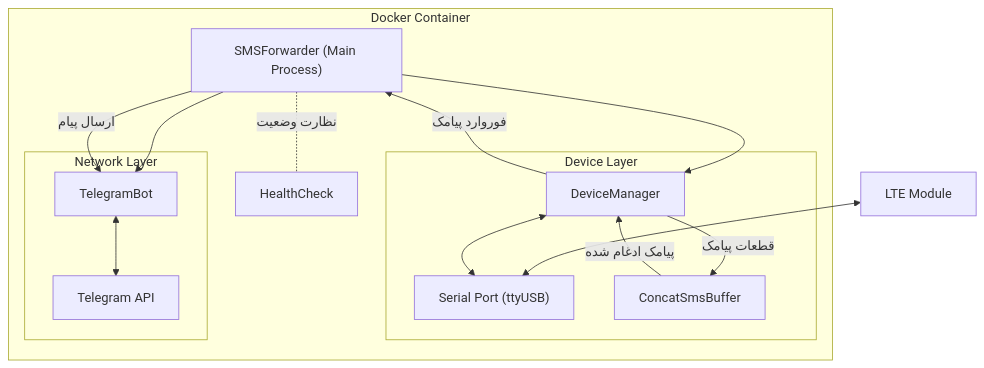
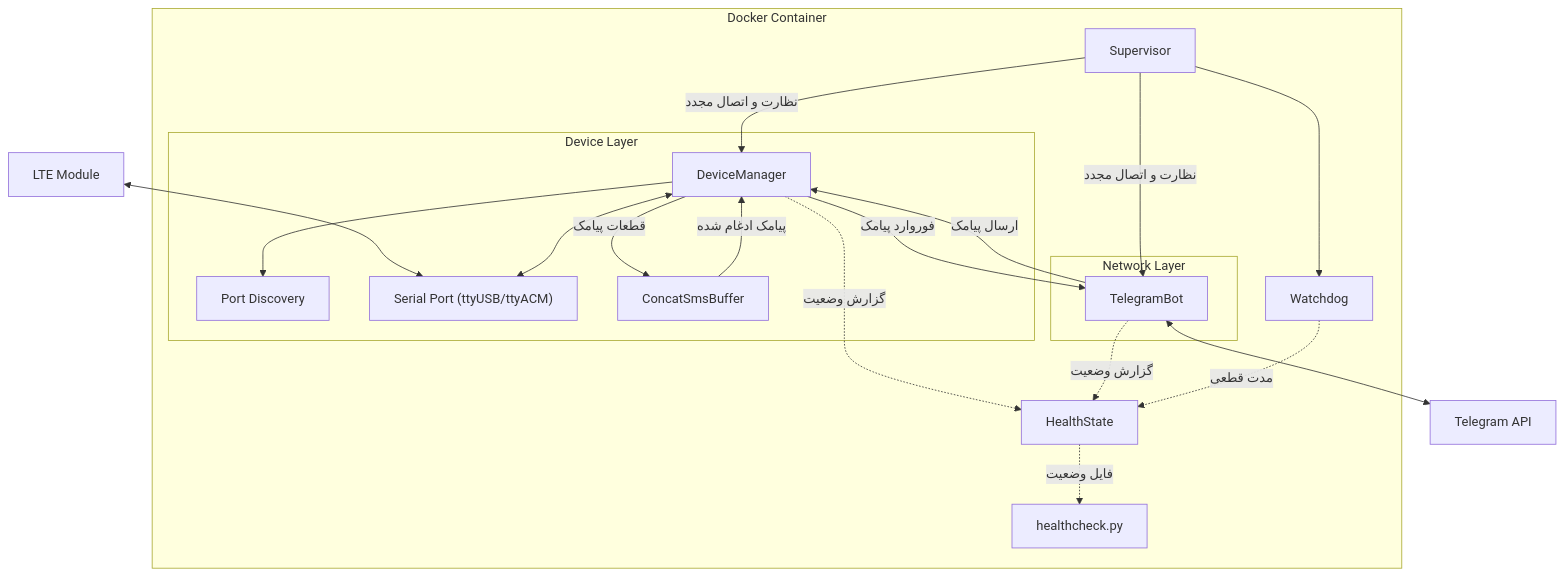
The diagram in README_FA.md (vxhorse/SMS_forwarder_Telegram), drawn with Mermaid before and after one commit. The commit also changed other lines of this file and 7 other files, not shown here.

First line of the commit message:
docs: bind-mount the device tree and document port discovery

````diff
--- a/README_FA.md
+++ b/README_FA.md
@@ -20,31 +21,37 @@
 ```mermaid
 graph TD
     subgraph DC [Docker Container]
-        Main["SMSForwarder (Main Process)"]
-        
+        Sup[Supervisor]
+        WD[Watchdog]
+        HS[HealthState]
+        HC["healthcheck.py"]
+
         subgraph DeviceLayer [Device Layer]
             DM[DeviceManager]
-            Serial["Serial Port (ttyUSB)"]
+            Disc[Port Discovery]
+            Serial["Serial Port (ttyUSB/ttyACM)"]
             Buffer[ConcatSmsBuffer]
         end
-        
+
         subgraph NetworkLayer [Network Layer]
             Bot[TelegramBot]
-            API[Telegram API]
         end
-        
-        Health[HealthCheck]
     end
-    
+
     Hardware[LTE Module] <--> Serial
-    Main --> DM
-    Main --> Bot
+    Sup -- "نظارت و اتصال مجدد" --> DM
+    Sup -- "نظارت و اتصال مجدد" --> Bot
+    Sup --> WD
+    DM --> Disc
     DM <--> Serial
     DM -- "قطعات پیامک" --> Buffer
     Buffer -- "پیامک ادغام شده" --> DM
-    DM -- "فوروارد پیامک" --> Main
-    Main -- "ارسال پیام" --> Bot
-    Bot <--> API
-    
-    Main -. "نظارت وضعیت" .- Health
+    DM -- "فوروارد پیامک" --> Bot
+    Bot -- "ارسال پیامک" --> DM
+    Bot <--> API[Telegram API]
+
+    DM -. "گزارش وضعیت" .-> HS
+    Bot -. "گزارش وضعیت" .-> HS
+    WD -. "مدت قطعی" .-> HS
+    HS -. "فایل وضعیت" .-> HC
 ```
````
